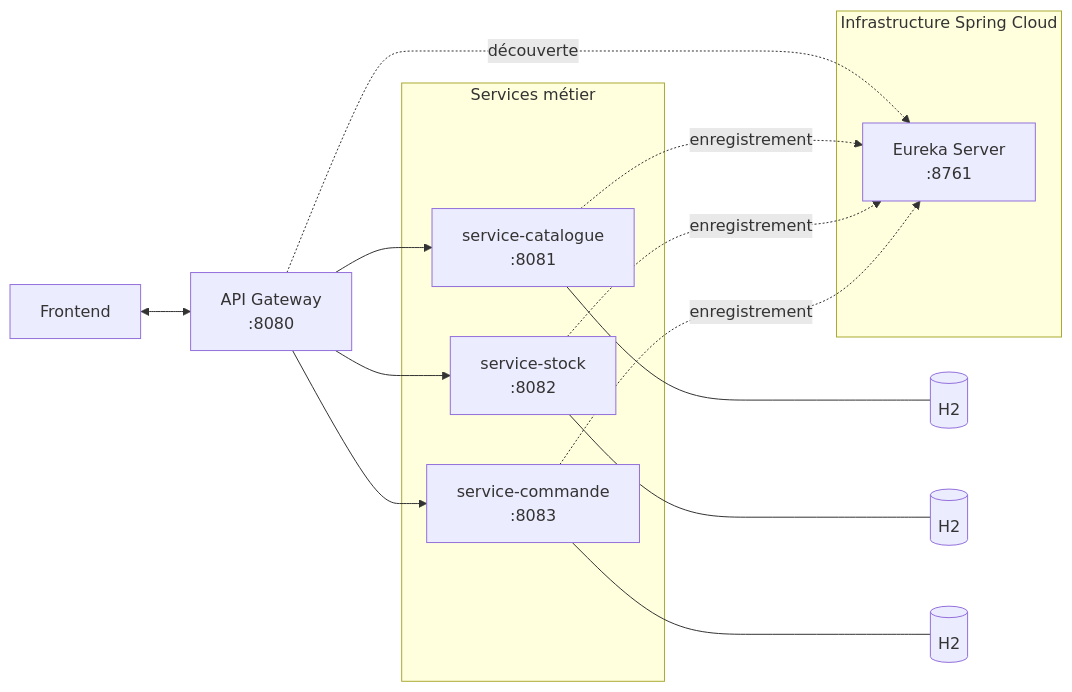
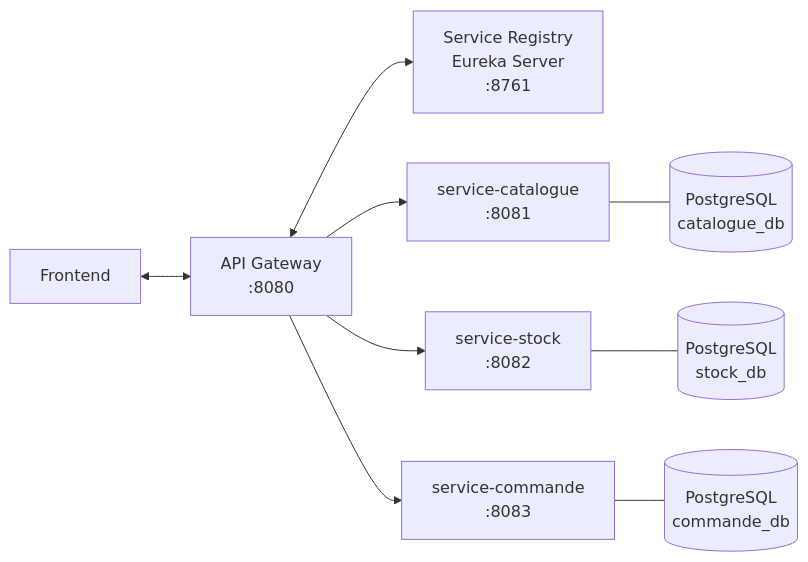
The second of 2 diagrams in README.md (Soumaya2005/commande-express), drawn with Mermaid before and after one commit.

````diff
--- a/README.md
+++ b/README.md
@@ -81,27 +81,13 @@
 ```mermaid
 flowchart LR
     FE["Frontend"] <--> GW["API Gateway<br/>:8080"]
+    GW <--> EU["Service Registry<br/>Eureka Server<br/>:8761"]
 
-    subgraph INFRA["Infrastructure Spring Cloud"]
-        EU["Eureka Server<br/>:8761"]
-    end
+    GW --> CAT["service-catalogue<br/>:8081"]
+    GW --> STK["service-stock<br/>:8082"]
+    GW --> CMD["service-commande<br/>:8083"]
 
-    subgraph METIER["Services métier"]
-        CAT["service-catalogue<br/>:8081"]
-        STK["service-stock<br/>:8082"]
-        CMD["service-commande<br/>:8083"]
-    end
-
-    GW --> CAT
-    GW --> STK
-    GW --> CMD
-
-    GW -.->|découverte| EU
-    CAT -.->|enregistrement| EU
-    STK -.->|enregistrement| EU
-    CMD -.->|enregistrement| EU
-
-    CAT --- DB1[("H2")]
-    STK --- DB2[("H2")]
-    CMD --- DB3[("H2")]
+    CAT --- DB1[("PostgreSQL<br/>catalogue_db")]
+    STK --- DB2[("PostgreSQL<br/>stock_db")]
+    CMD --- DB3[("PostgreSQL<br/>commande_db")]
 ```
````
